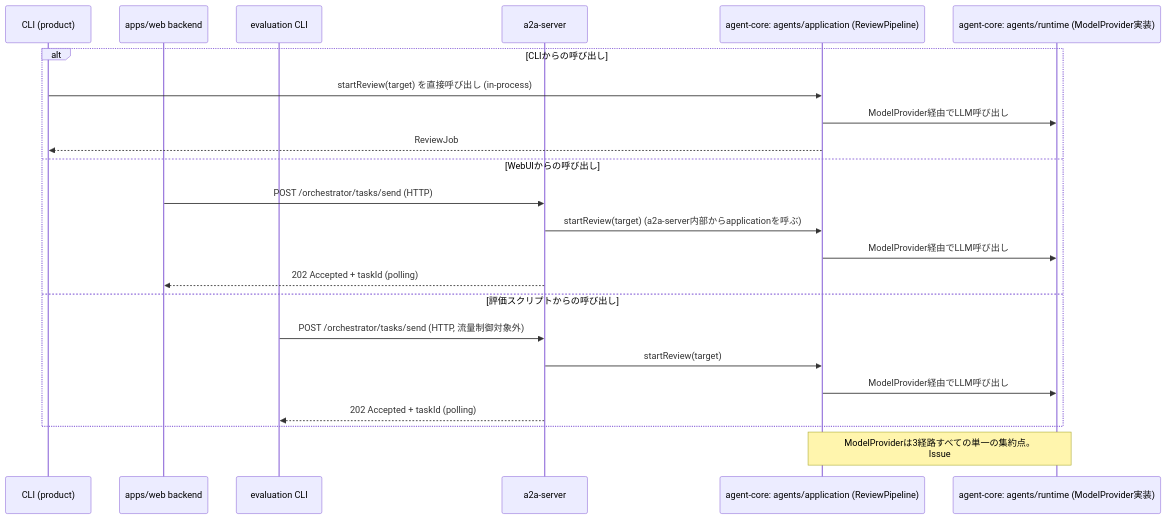
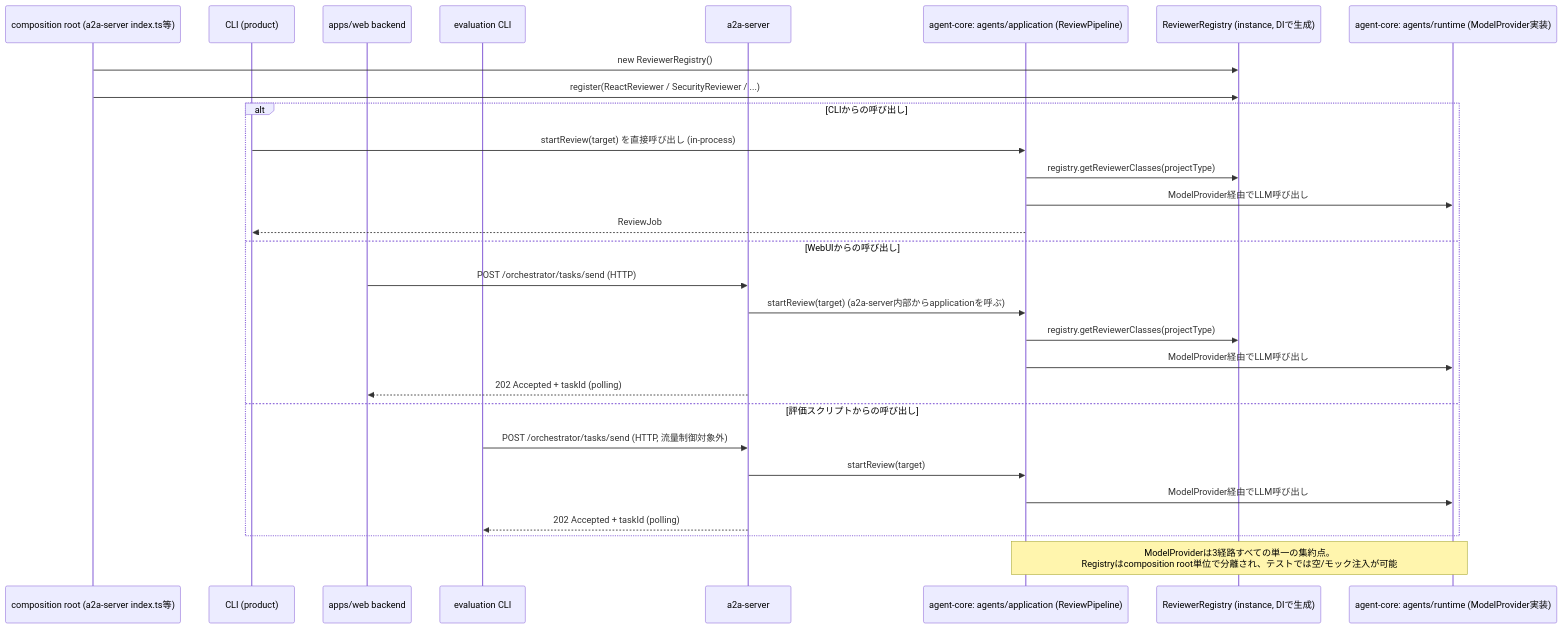
One commit to kuju63/code-review-agents changed the fourth of 6 diagrams in docs/adr/0008-core-extension-boundaries.md. Above: the diagram before and after it, drawn with Mermaid. The commit also changed other lines of this file, not shown here.

````diff
--- a/docs/adr/0008-core-extension-boundaries.md
+++ b/docs/adr/0008-core-extension-boundaries.md
@@ -339,26 +240,32 @@
 ```mermaid
 sequenceDiagram
+    participant Boot as composition root (a2a-server index.ts等)
     participant CLI as CLI (product)
     participant WebBackend as apps/web backend
     participant EvalCLI as evaluation CLI
     participant A2A as a2a-server
     participant App as agent-core: agents/application (ReviewPipeline)
+    participant Registry as ReviewerRegistry (instance, DIで生成)
     participant Runtime as agent-core: agents/runtime (ModelProvider実装)
 
+    Boot->>Registry: new ReviewerRegistry()
+    Boot->>Registry: register(ReactReviewer / SecurityReviewer / ...)
     alt CLIからの呼び出し
         CLI->>App: startReview(target) を直接呼び出し (in-process)
+        App->>Registry: registry.getReviewerClasses(projectType)
         App->>Runtime: ModelProvider経由でLLM呼び出し
         App-->>CLI: ReviewJob
     else WebUIからの呼び出し
         WebBackend->>A2A: POST /orchestrator/tasks/send (HTTP)
         A2A->>App: startReview(target) (a2a-server内部からapplicationを呼ぶ)
+        App->>Registry: registry.getReviewerClasses(projectType)
         App->>Runtime: ModelProvider経由でLLM呼び出し
         A2A-->>WebBackend: 202 Accepted + taskId (polling)
     else 評価スクリプトからの呼び出し
         EvalCLI->>A2A: POST /orchestrator/tasks/send (HTTP, 流量制御対象外)
         A2A->>App: startReview(target)
         App->>Runtime: ModelProvider経由でLLM呼び出し
         A2A-->>EvalCLI: 202 Accepted + taskId (polling)
     end
-    Note over App,Runtime: ModelProviderは3経路すべての単一の集約点。<br/>Issue #345の流量制御(A2Aサーバー外配置の方向)はA2A手前の外部レイヤに、<br/>あるいはこのPort自体に配置する余地を残す
+    Note over App,Runtime: ModelProviderは3経路すべての単一の集約点。<br/>Registryはcomposition root単位で分離され、テストでは空/モック注入が可能
 ```
````
